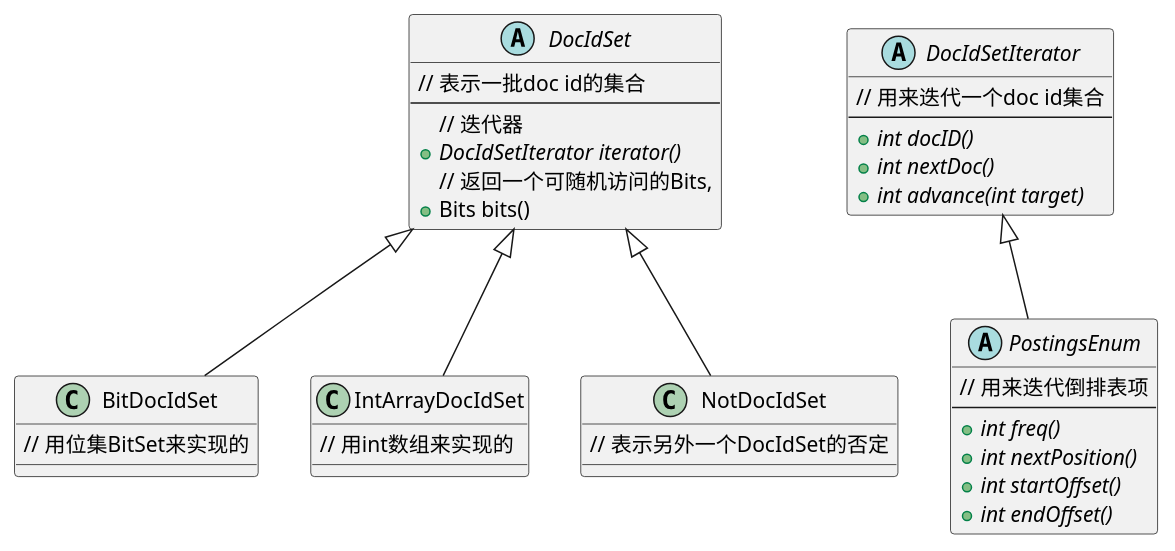
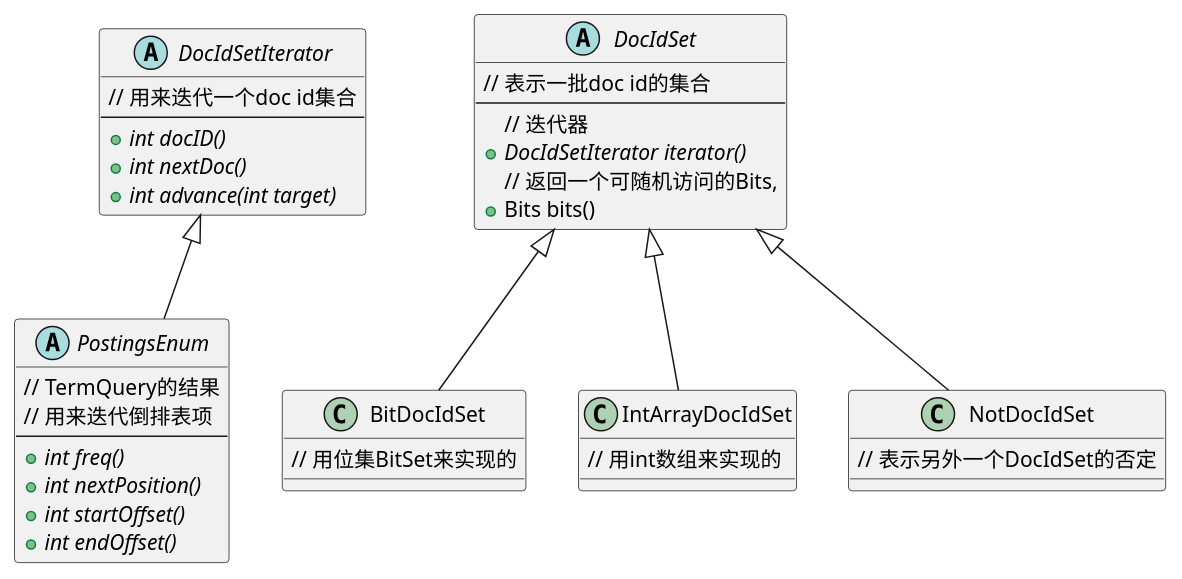
Before and after one commit to zouxiang1993/lucene-8.0.0: the diagram in core/notes/lucene/search/类图/DISI继承结构图.puml, drawn with PlantUML. The commit also changed 1 other file, not shown here.

```diff
--- a/core/notes/lucene/search/类图/DISI继承结构图.puml
+++ b/core/notes/lucene/search/类图/DISI继承结构图.puml
@@ -1,42 +1,43 @@
 @startuml
 
 abstract class DocIdSet{
     // 表示一批doc id的集合
     ---
     // 迭代器
     +{abstract} DocIdSetIterator iterator()
     // 返回一个可随机访问的Bits,
     +Bits bits()
 }
 
 abstract class DocIdSetIterator{
     // 用来迭代一个doc id集合
     ---
     +{abstract} int docID()
     +{abstract} int nextDoc()
     +{abstract} int advance(int target)
 }
 
 class BitDocIdSet extends DocIdSet{
     // 用位集BitSet来实现的
 }
 
 class IntArrayDocIdSet extends DocIdSet{
     // 用int数组来实现的
 }
 
 class NotDocIdSet extends DocIdSet{
     // 表示另外一个DocIdSet的否定
 }
 
 abstract class PostingsEnum extends DocIdSetIterator{
+    // TermQuery的结果
     // 用来迭代倒排表项
     ---
     +{abstract} int freq()
     +{abstract} int nextPosition()
     +{abstract} int startOffset()
     +{abstract} int endOffset()
 }
 
-DocIdSet -right[hidden]-- DocIdSetIterator
+DocIdSet -left[hidden]-- DocIdSetIterator
 @enduml
```
